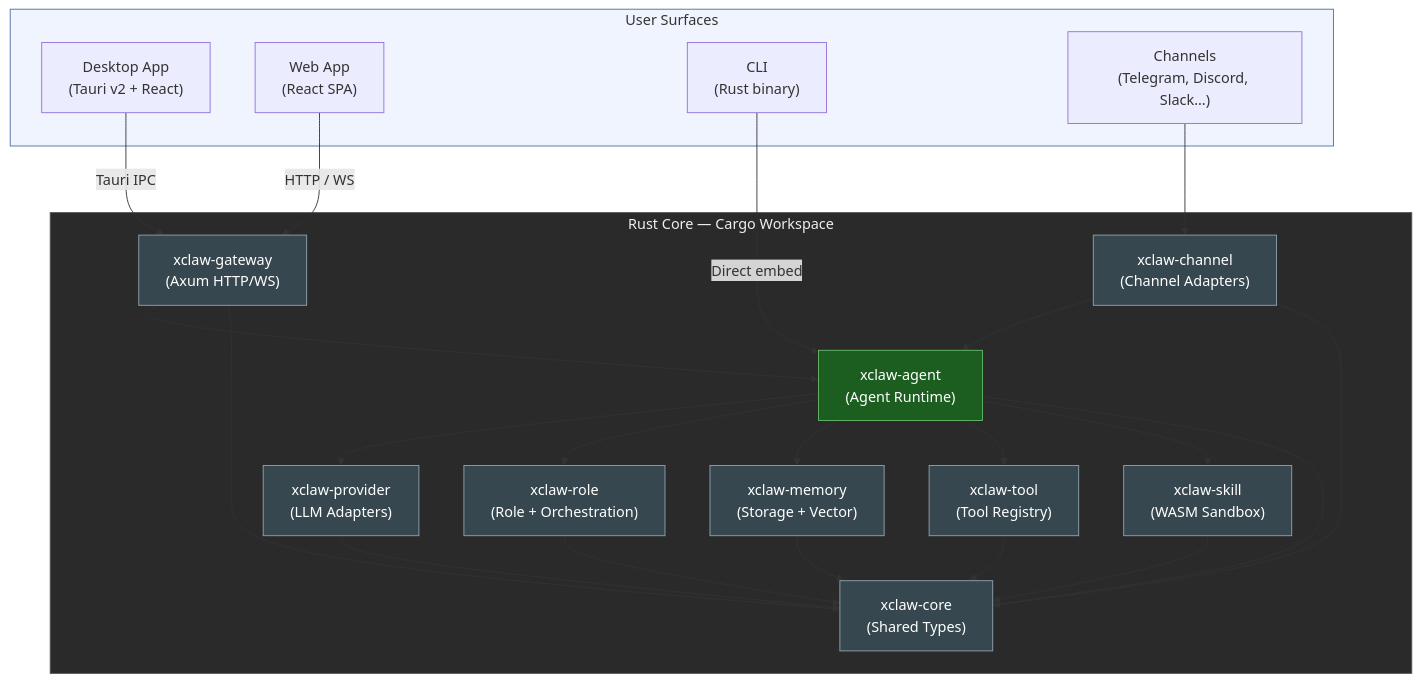
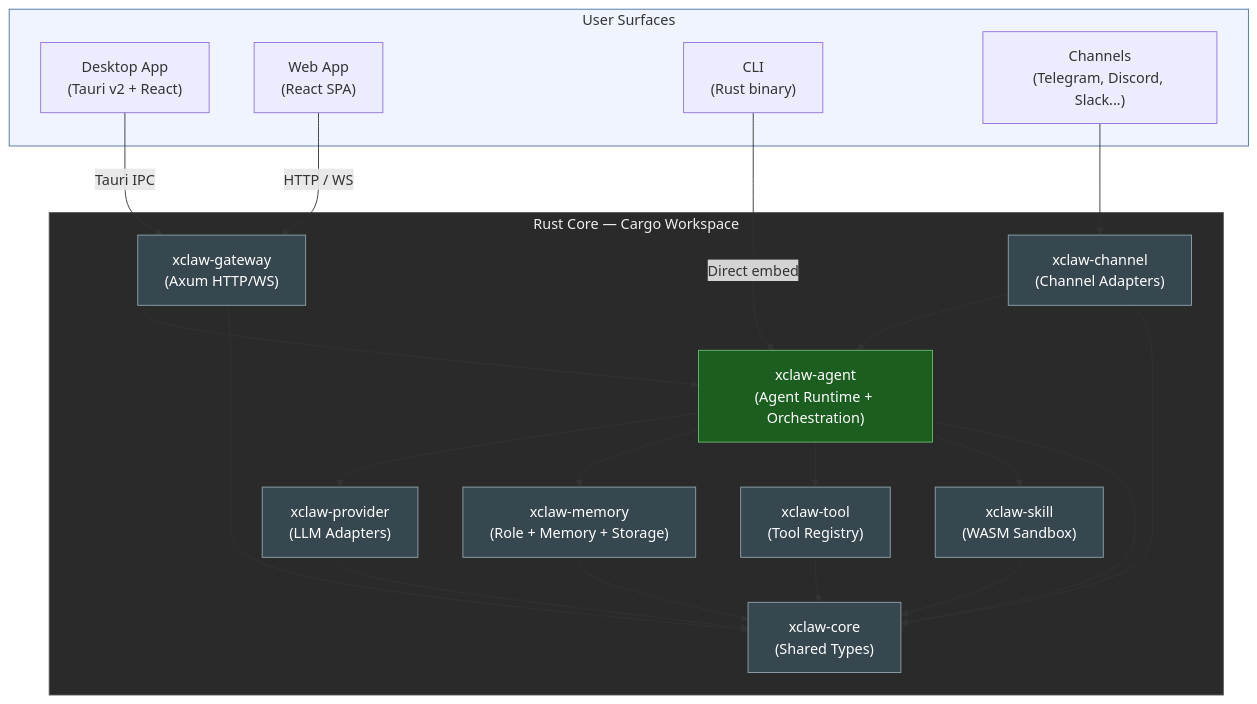
Before and after one commit to zhou533/xClaw: the first of 8 diagrams in docs/architecture/ARCHITECTURE.md, drawn with Mermaid. The commit also changed other lines of this file and 3 other files, not shown here.

First line of the commit message:
docs: consolidate xclaw-role into xclaw-memory and xclaw-agent

````diff
--- a/docs/architecture/ARCHITECTURE.md
+++ b/docs/architecture/ARCHITECTURE.md
@@ -38,67 +38,63 @@
 ```mermaid
 graph TB
   %% ── User Surfaces ──
   subgraph Surfaces["User Surfaces"]
     desktop["Desktop App<br/>(Tauri v2 + React)"]
     webapp["Web App<br/>(React SPA)"]
     cli["CLI<br/>(Rust binary)"]
     channels["Channels<br/>(Telegram, Discord, Slack...)"]
   end
 
   %% ── Rust Core ──
   subgraph Workspace["Rust Core — Cargo Workspace"]
 
     gateway["xclaw-gateway<br/>(Axum HTTP/WS)"]
     channel["xclaw-channel<br/>(Channel Adapters)"]
 
-    agent["xclaw-agent<br/>(Agent Runtime)"]
+    agent["xclaw-agent<br/>(Agent Runtime + Orchestration)"]
 
     provider["xclaw-provider<br/>(LLM Adapters)"]
-    role["xclaw-role<br/>(Role + Orchestration)"]
-    memory["xclaw-memory<br/>(Storage + Vector)"]
+    memory["xclaw-memory<br/>(Role + Memory + Storage)"]
     tool["xclaw-tool<br/>(Tool Registry)"]
     skill["xclaw-skill<br/>(WASM Sandbox)"]
 
     core["xclaw-core<br/>(Shared Types)"]
   end
 
   %% ── User Surfaces → 入口 ──
   desktop -- "Tauri IPC" --> gateway
   webapp -- "HTTP / WS" --> gateway
   cli -- "Direct embed" --> agent
   channels --> channel
 
   %% ── 入口 → Agent ──
   gateway --> agent
   channel --> agent
 
   %% ── Agent → 功能模块 ──
   agent --> provider
-  agent --> role
   agent --> memory
   agent --> tool
   agent --> skill
 
   %% ── 所有 crate → core ──
   gateway --> core
   channel --> core
   agent --> core
   provider --> core
-  role --> core
   memory --> core
   tool --> core
   skill --> core
 
   %% ── 样式 ──
   style Surfaces fill:#f0f4ff,stroke:#4a6fa5,color:#333
   style Workspace fill:#2a2a2a,stroke:#555,color:#eee
   style gateway fill:#37474f,stroke:#90a4ae,color:#fff
   style channel fill:#37474f,stroke:#90a4ae,color:#fff
   style agent fill:#1b5e20,stroke:#66bb6a,color:#fff
   style provider fill:#37474f,stroke:#90a4ae,color:#fff
   style memory fill:#37474f,stroke:#90a4ae,color:#fff
-  style role fill:#37474f,stroke:#90a4ae,color:#fff
   style tool fill:#37474f,stroke:#90a4ae,color:#fff
   style skill fill:#37474f,stroke:#90a4ae,color:#fff
   style core fill:#37474f,stroke:#90a4ae,color:#fff
 ```
````
